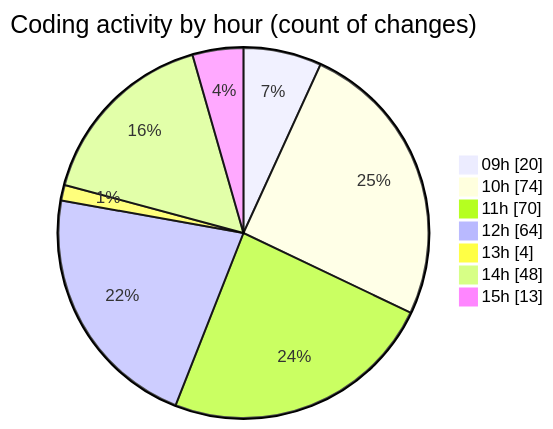
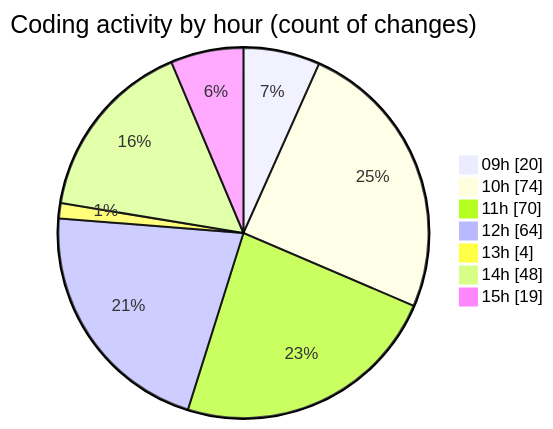
One commit to CELIANVF/code-tracking changed the second of 2 diagrams in 2025-06-06/ecodeli-1/README.md. Above: the diagram before and after it, drawn with Mermaid. The commit also changed other lines of this file and 1 other file, not shown here.

````diff
--- a/2025-06-06/ecodeli-1/README.md
+++ b/2025-06-06/ecodeli-1/README.md
@@ -106,11 +107,11 @@
 ```mermaid
 pie showData
 title Coding activity by hour (count of changes)
 "09h" : 20
 "10h" : 74
 "11h" : 70
 "12h" : 64
 "13h" : 4
 "14h" : 48
-"15h" : 13
+"15h" : 19
 ```
````
